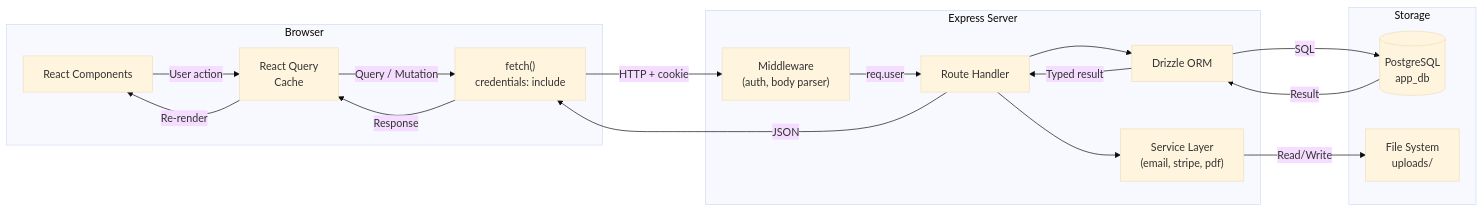
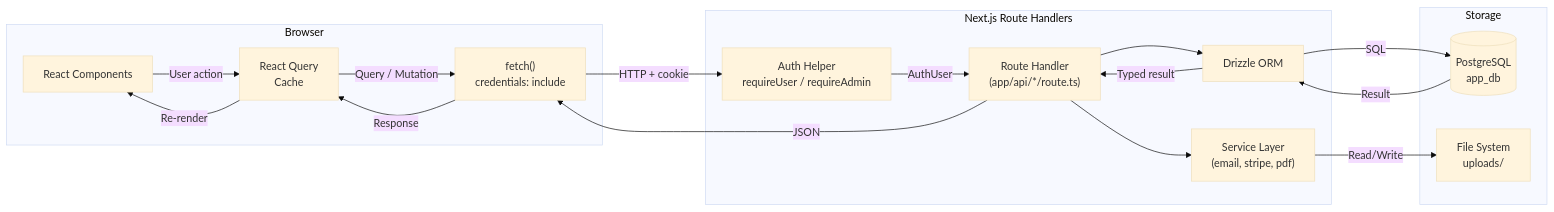
One commit to erium/app-template changed the second of 7 diagrams in docs/architecture-data.md. Above: the diagram before and after it, drawn with Mermaid (base theme). The commit also changed other lines of this file and 7 other files, not shown here.

First line of the commit message:
docs: update all documentation for Next.js App Router migration

````diff
--- a/docs/architecture-data.md
+++ b/docs/architecture-data.md
@@ -72,34 +72,34 @@
 ```mermaid
 graph LR
     subgraph Browser["Browser"]
         UI["React Components"]
         RQ["React Query<br/>Cache"]
         Fetch["fetch()<br/>credentials: include"]
     end
 
-    subgraph Server["Express Server"]
-        MW["Middleware<br/>(auth, body parser)"]
-        Handler["Route Handler"]
+    subgraph Server["Next.js Route Handlers"]
+        MW["Auth Helper<br/>requireUser / requireAdmin"]
+        Handler["Route Handler<br/>(app/api/*/route.ts)"]
         Service["Service Layer<br/>(email, stripe, pdf)"]
         ORM["Drizzle ORM"]
     end
 
     subgraph Storage["Storage"]
         DB[("PostgreSQL<br/>app_db")]
         FS["File System<br/>uploads/"]
     end
 
     UI -->|"User action"| RQ
     RQ -->|"Query / Mutation"| Fetch
     Fetch -->|"HTTP + cookie"| MW
-    MW -->|"req.user"| Handler
+    MW -->|"AuthUser"| Handler
     Handler --> ORM
     Handler --> Service
     ORM -->|"SQL"| DB
     Service -->|"Read/Write"| FS
     DB -->|"Result"| ORM
     ORM -->|"Typed result"| Handler
     Handler -->|"JSON"| Fetch
     Fetch -->|"Response"| RQ
     RQ -->|"Re-render"| UI
 ```
````
